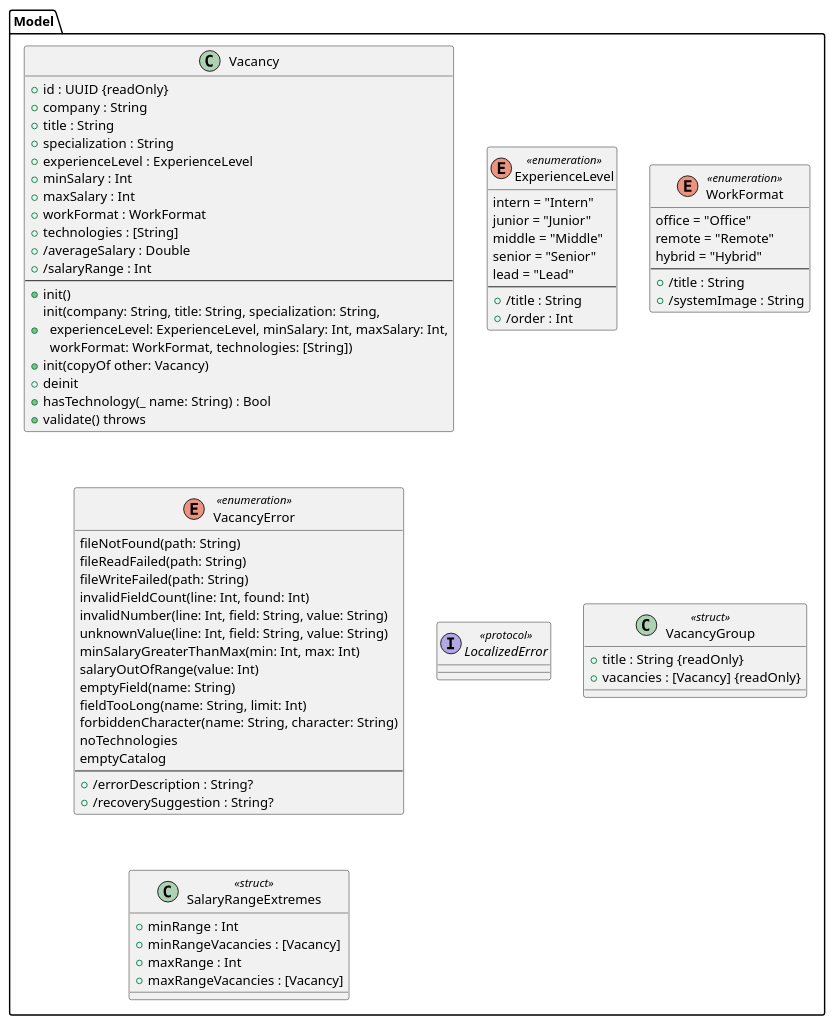
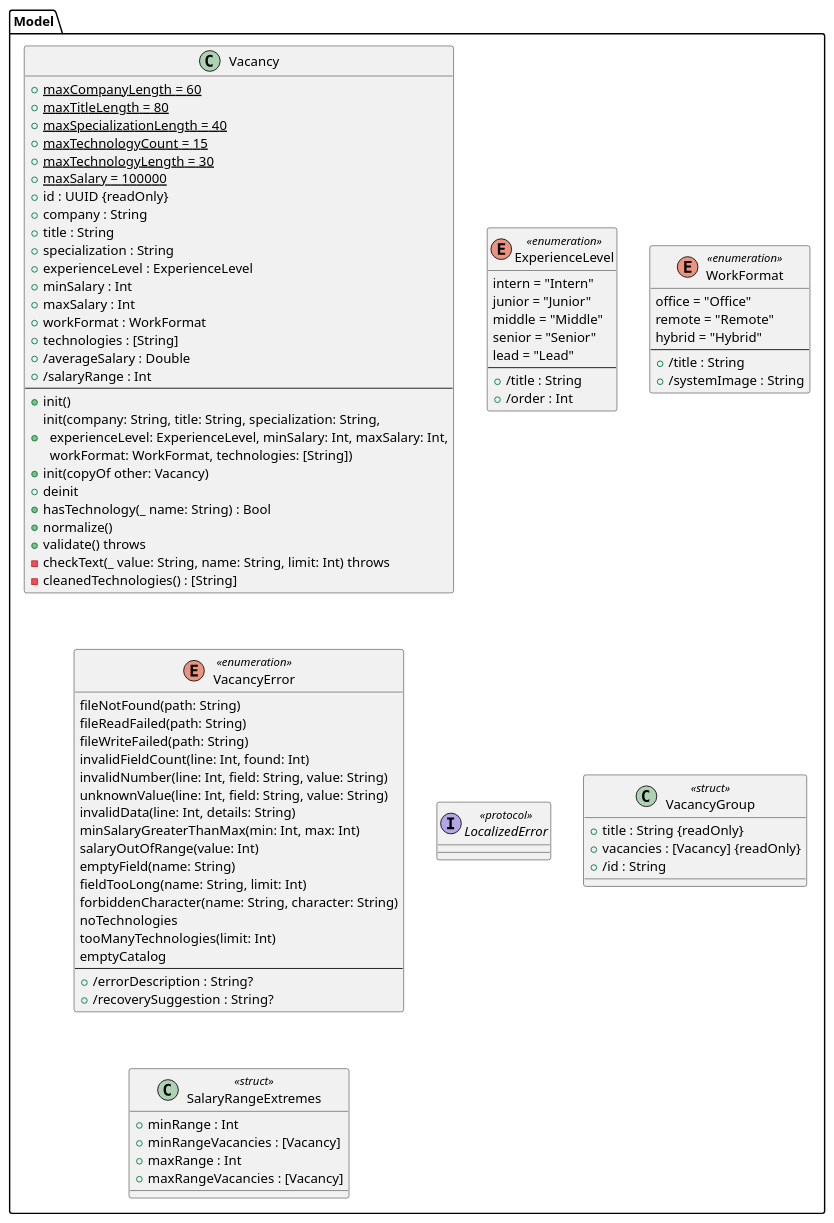
Before and after one commit to goosedum/kursova-1: the diagram in docs/uml/2-classes/types/model.iuml, drawn with PlantUML. The commit also changed 14 other files, not shown here.

```diff
--- a/docs/uml/2-classes/types/model.iuml
+++ b/docs/uml/2-classes/types/model.iuml
@@ -1,70 +1,82 @@
 ' Шар Model — дані. Підключається з діаграм у docs/uml/2-classes (крок 3.2). Джерело — .claude/plan/02-architecture.md §3.
 package "Model" {
   class Vacancy {
+    + {static} maxCompanyLength = 60
+    + {static} maxTitleLength = 80
+    + {static} maxSpecializationLength = 40
+    + {static} maxTechnologyCount = 15
+    + {static} maxTechnologyLength = 30
+    + {static} maxSalary = 100000
     + id : UUID {readOnly}
     + company : String
     + title : String
     + specialization : String
     + experienceLevel : ExperienceLevel
     + minSalary : Int
     + maxSalary : Int
     + workFormat : WorkFormat
     + technologies : [String]
     + /averageSalary : Double
     + /salaryRange : Int
     --
     + init()
     + init(company: String, title: String, specialization: String,\n  experienceLevel: ExperienceLevel, minSalary: Int, maxSalary: Int,\n  workFormat: WorkFormat, technologies: [String])
     + init(copyOf other: Vacancy)
     + deinit
     + hasTechnology(_ name: String) : Bool
+    + normalize()
     + validate() throws
+    - checkText(_ value: String, name: String, limit: Int) throws
+    - cleanedTechnologies() : [String]
   }
   enum ExperienceLevel <<enumeration>> {
     intern = "Intern"
     junior = "Junior"
     middle = "Middle"
     senior = "Senior"
     lead = "Lead"
     --
     + /title : String
     + /order : Int
   }
   enum WorkFormat <<enumeration>> {
     office = "Office"
     remote = "Remote"
     hybrid = "Hybrid"
     --
     + /title : String
     + /systemImage : String
   }
   enum VacancyError <<enumeration>> {
     fileNotFound(path: String)
     fileReadFailed(path: String)
     fileWriteFailed(path: String)
     invalidFieldCount(line: Int, found: Int)
     invalidNumber(line: Int, field: String, value: String)
     unknownValue(line: Int, field: String, value: String)
+    invalidData(line: Int, details: String)
     minSalaryGreaterThanMax(min: Int, max: Int)
     salaryOutOfRange(value: Int)
     emptyField(name: String)
     fieldTooLong(name: String, limit: Int)
     forbiddenCharacter(name: String, character: String)
     noTechnologies
+    tooManyTechnologies(limit: Int)
     emptyCatalog
     --
     + /errorDescription : String?
     + /recoverySuggestion : String?
   }
   interface LocalizedError <<protocol>>
   class VacancyGroup <<struct>> {
     + title : String {readOnly}
     + vacancies : [Vacancy] {readOnly}
+    + /id : String
   }
   class SalaryRangeExtremes <<struct>> {
     + minRange : Int
     + minRangeVacancies : [Vacancy]
     + maxRange : Int
     + maxRangeVacancies : [Vacancy]
   }
 }
```
